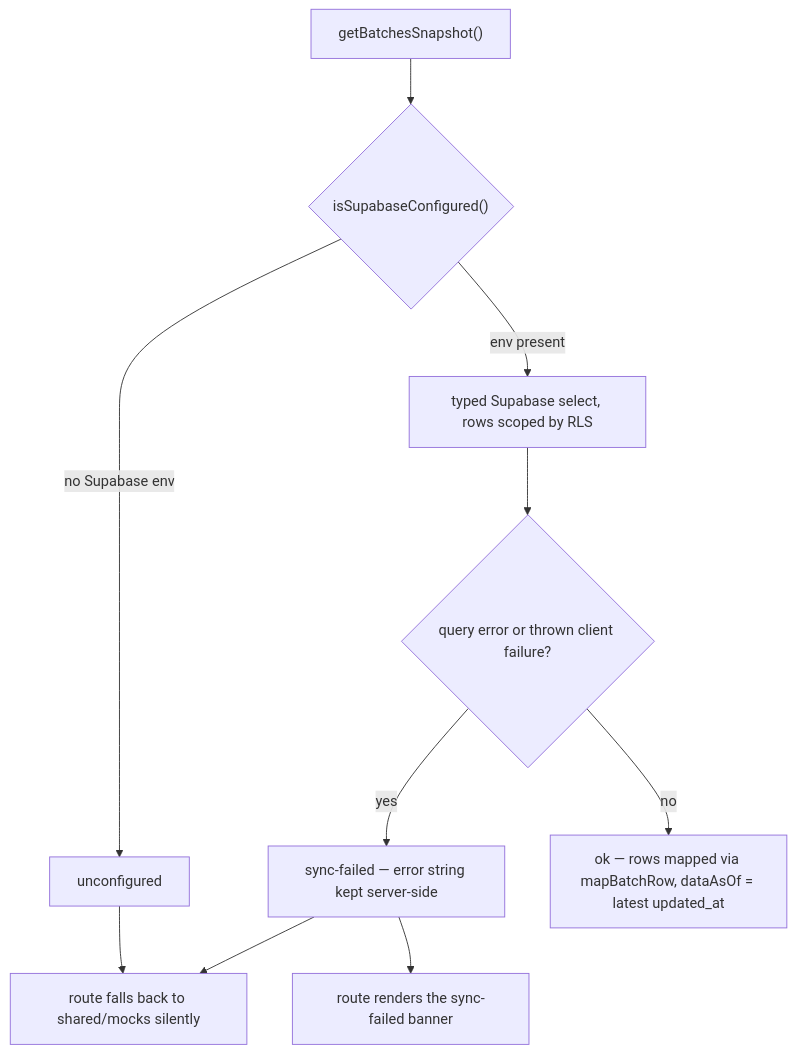
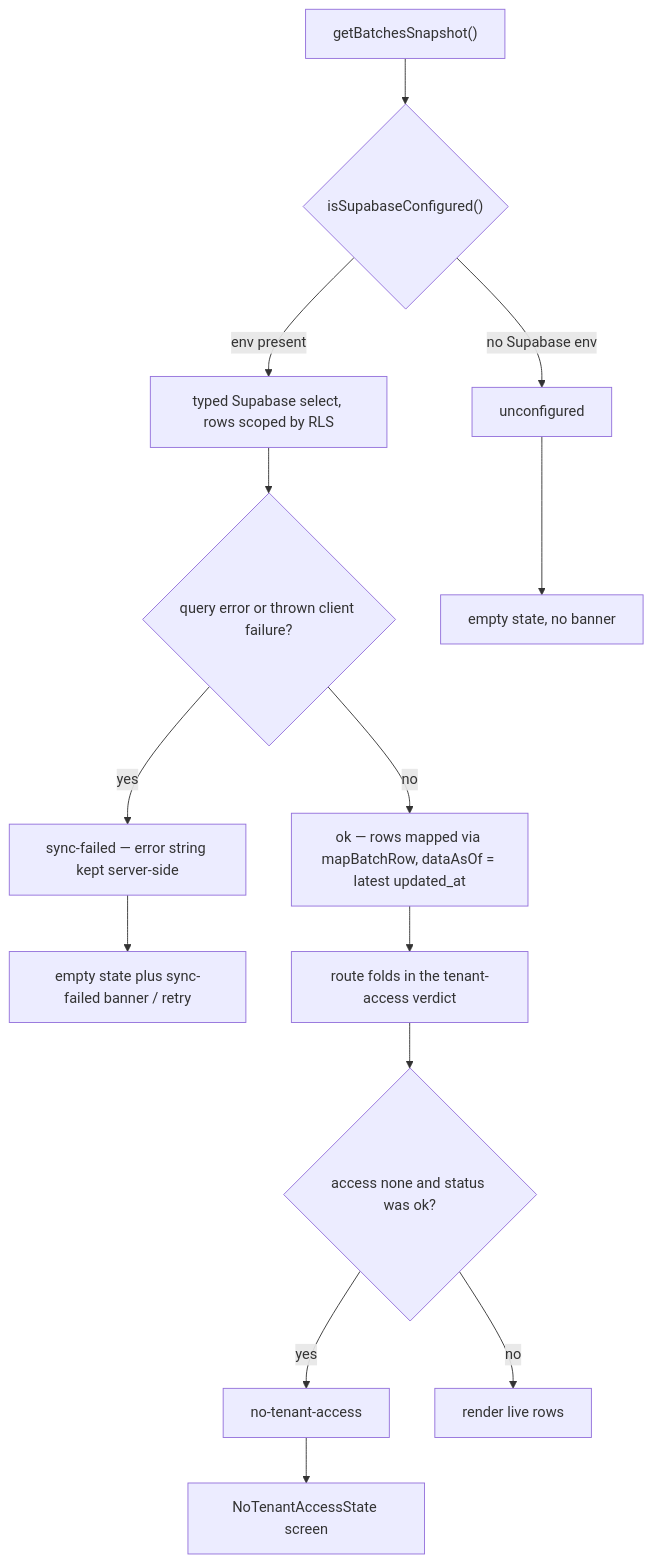
The second of 3 diagrams in openwiki/architecture/module-boundaries-and-data-pattern.md (shuakyle21/tesda-compliance-manager), drawn with Mermaid before and after one commit. The commit also changed other lines of this file and 5 other files, not shown here.

````diff
--- a/openwiki/architecture/module-boundaries-and-data-pattern.md
+++ b/openwiki/architecture/module-boundaries-and-data-pattern.md
@@ -160,12 +257,16 @@
 ```mermaid
 flowchart TD
     F["getBatchesSnapshot()"] --> C{"isSupabaseConfigured()"}
     C -- "no Supabase env" --> U["unconfigured"]
     C -- "env present" --> Q["typed Supabase select, rows scoped by RLS"]
     Q --> E{"query error or thrown client failure?"}
     E -- "yes" --> SF["sync-failed — error string kept server-side"]
     E -- "no" --> OK["ok — rows mapped via mapBatchRow, dataAsOf = latest updated_at"]
-    U --> FB["route falls back to shared/mocks silently"]
-    SF --> FB
-    SF --> BN["route renders the sync-failed banner"]
+    U --> EM["empty state, no banner"]
+    SF --> BN["empty state plus sync-failed banner / retry"]
+    OK --> RT["route folds in the tenant-access verdict"]
+    RT --> W{"access none and status was ok?"}
+    W -- "yes" --> NT["no-tenant-access"]
+    NT --> NTV["NoTenantAccessState screen"]
+    W -- "no" --> LIVE["render live rows"]
 ```
````
